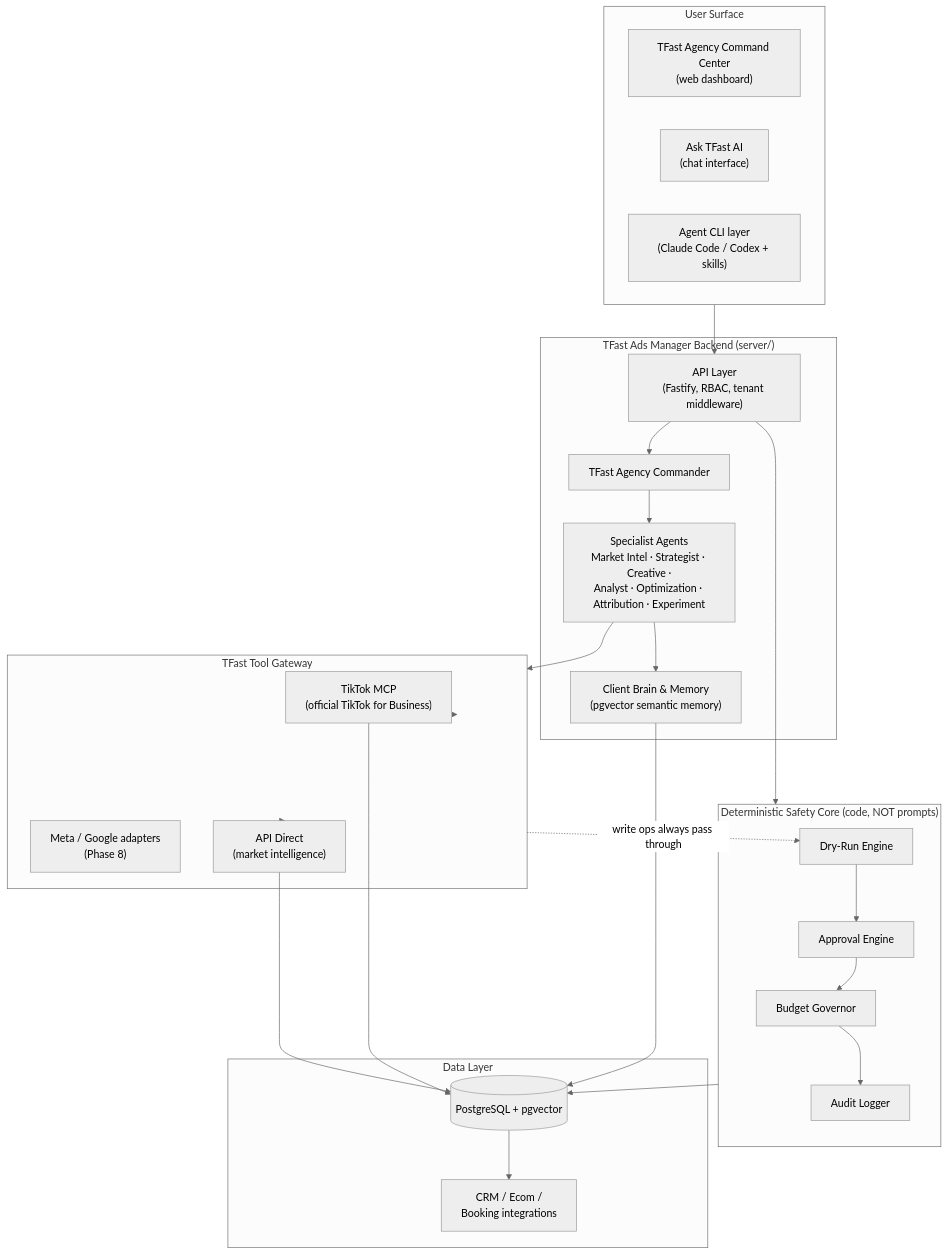
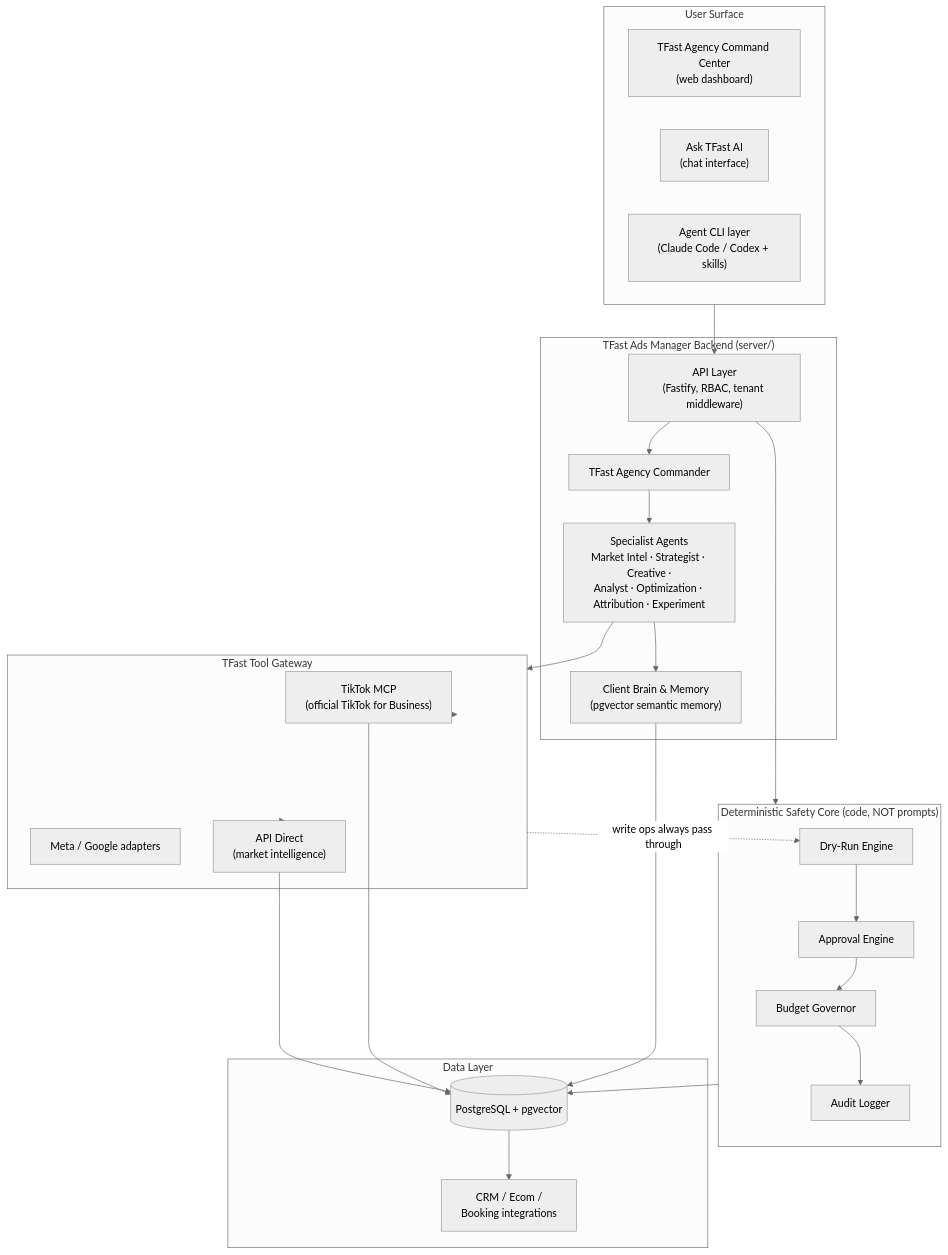
One commit to tfastdigital/tfast-ads-manager changed the first of 2 diagrams in docs/ARCHITECTURE.md. Above: the diagram before and after it, drawn with Mermaid (neutral theme). The commit also changed other lines of this file and 52 other files, not shown here.

````diff
--- a/docs/ARCHITECTURE.md
+++ b/docs/ARCHITECTURE.md
@@ -9,44 +9,44 @@
 ```mermaid
 flowchart TB
     subgraph UX["User Surface"]
         DASH["TFast Agency Command Center<br/>(web dashboard)"]
         CHAT["Ask TFast AI<br/>(chat interface)"]
         CLI["Agent CLI layer<br/>(Claude Code / Codex + skills)"]
     end
 
     subgraph CORE["TFast Ads Manager Backend (server/)"]
         API["API Layer<br/>(Fastify, RBAC, tenant middleware)"]
         COMMANDER["TFast Agency Commander"]
         SPECIALISTS["Specialist Agents<br/>Market Intel · Strategist · Creative ·<br/>Analyst · Optimization · Attribution · Experiment"]
         BRAIN["Client Brain & Memory<br/>(pgvector semantic memory)"]
     end
 
     subgraph SAFETY["Deterministic Safety Core (code, NOT prompts)"]
         BUDGET["Budget Governor"]
         APPROVAL["Approval Engine"]
         DRYRUN["Dry-Run Engine"]
         AUDIT["Audit Logger"]
     end
 
     subgraph GATEWAY["TFast Tool Gateway"]
         TIKTOK["TikTok MCP<br/>(official TikTok for Business)"]
-        OTHER["Meta / Google adapters<br/>(Phase 8)"]
+        OTHER["Meta / Google adapters"]
         APIDIRECT["API Direct<br/>(market intelligence)"]
     end
 
     subgraph DATA["Data Layer"]
         PG[("PostgreSQL + pgvector")]
         CRM["CRM / Ecom /<br/>Booking integrations"]
     end
 
     UX --> API
     API --> COMMANDER --> SPECIALISTS
     SPECIALISTS --> BRAIN --> PG
     SPECIALISTS --> GATEWAY
     GATEWAY --> TIKTOK --> PG
     GATEWAY --> APIDIRECT --> PG
     API --> SAFETY
     SAFETY --> PG
     GATEWAY -. "write ops always pass through" .-> DRYRUN --> APPROVAL --> BUDGET --> AUDIT
     PG --> CRM
 ```
````
